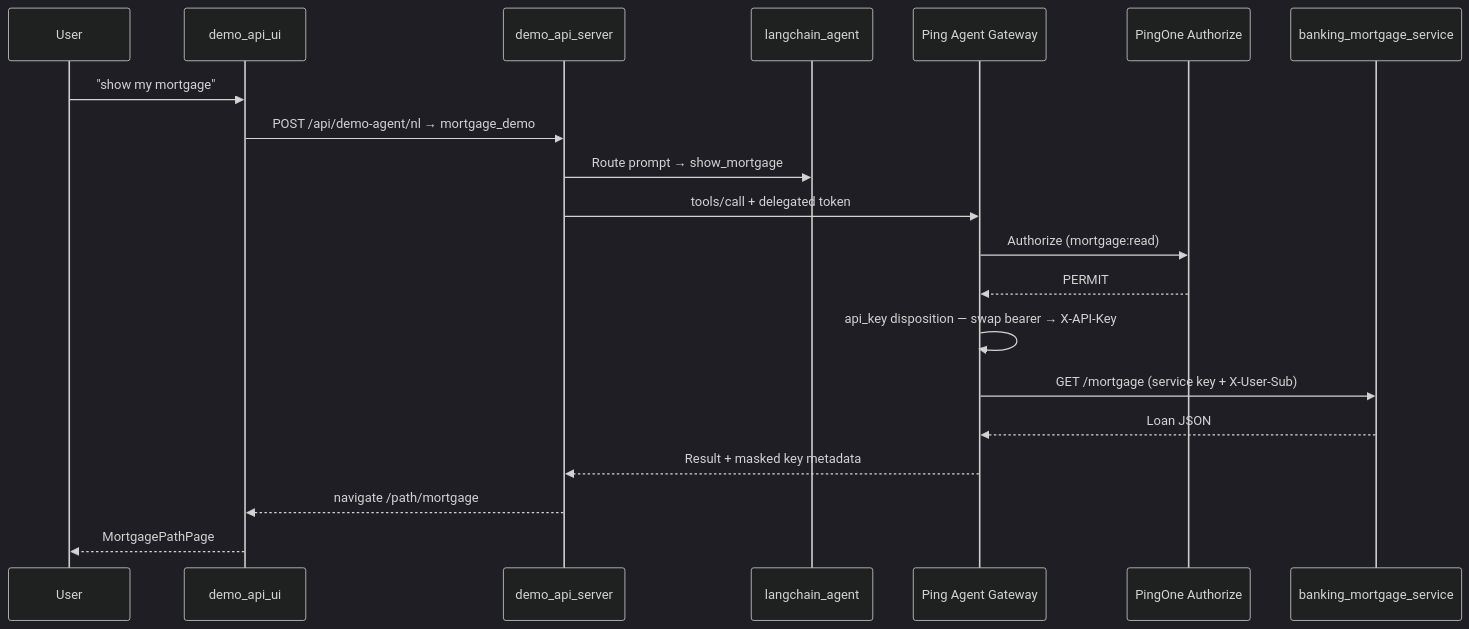
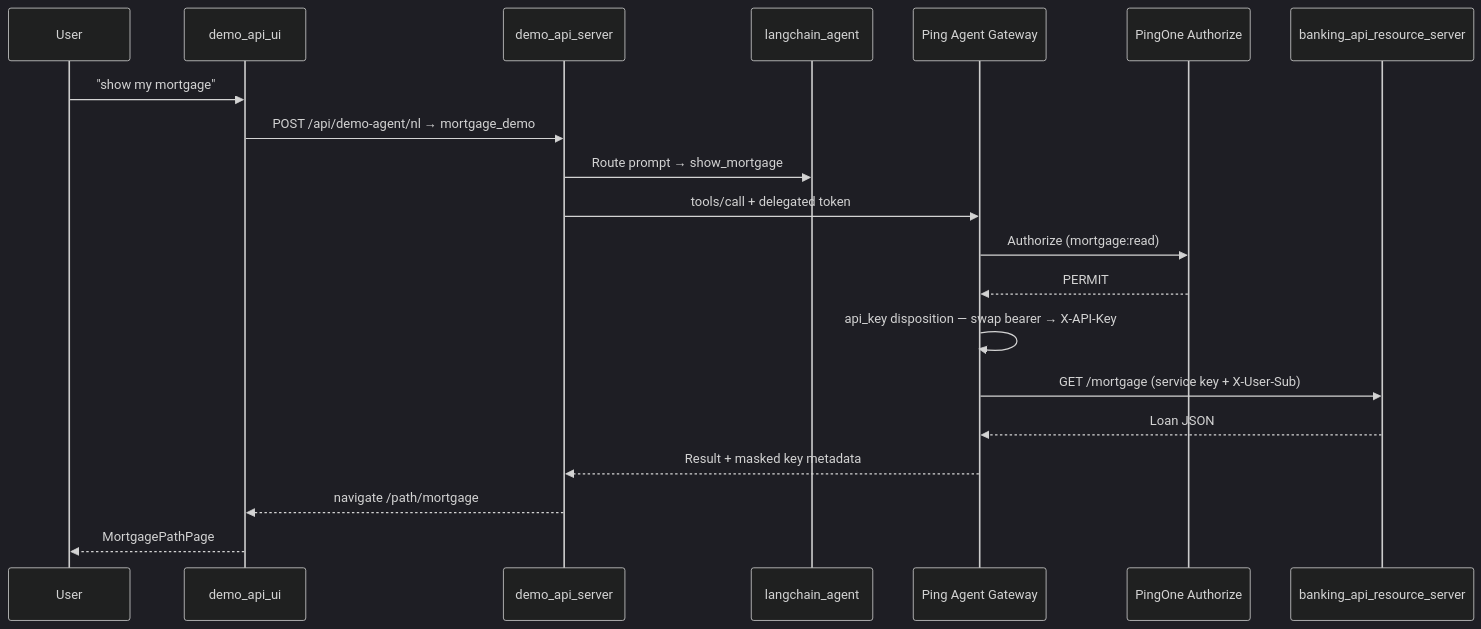
Before and after one commit to curtismu7/AI-DEMO2: the diagram in docs/use-cases/llm-pinggateway-p1az-mortgage-flow-test.md, drawn with Mermaid (dark theme). The commit also changed other lines of this file and 250 other files, not shown here.

First line of the commit message:
refactor: rename mortgage-service to api-resource-server, mcp-invest to mcp-resource-server

````diff
--- a/docs/use-cases/llm-pinggateway-p1az-mortgage-flow-test.md
+++ b/docs/use-cases/llm-pinggateway-p1az-mortgage-flow-test.md
@@ -34,23 +34,23 @@
 ```mermaid
 sequenceDiagram
     participant User
     participant UI as demo_api_ui
     participant BFF as demo_api_server
     participant LLM as langchain_agent
     participant GW as Ping Agent Gateway
     participant P1AZ as PingOne Authorize
-    participant MS as banking_mortgage_service
+    participant MS as banking_api_resource_server
 
     User->>UI: "show my mortgage"
     UI->>BFF: POST /api/demo-agent/nl → mortgage_demo
     BFF->>LLM: Route prompt → show_mortgage
     BFF->>GW: tools/call + delegated token
     GW->>P1AZ: Authorize (mortgage:read)
     P1AZ-->>GW: PERMIT
     GW->>GW: api_key disposition — swap bearer → X-API-Key
     GW->>MS: GET /mortgage (service key + X-User-Sub)
     MS-->>GW: Loan JSON
     GW-->>BFF: Result + masked key metadata
     BFF-->>UI: navigate /path/mortgage
     UI-->>User: MortgagePathPage
 ```
````
